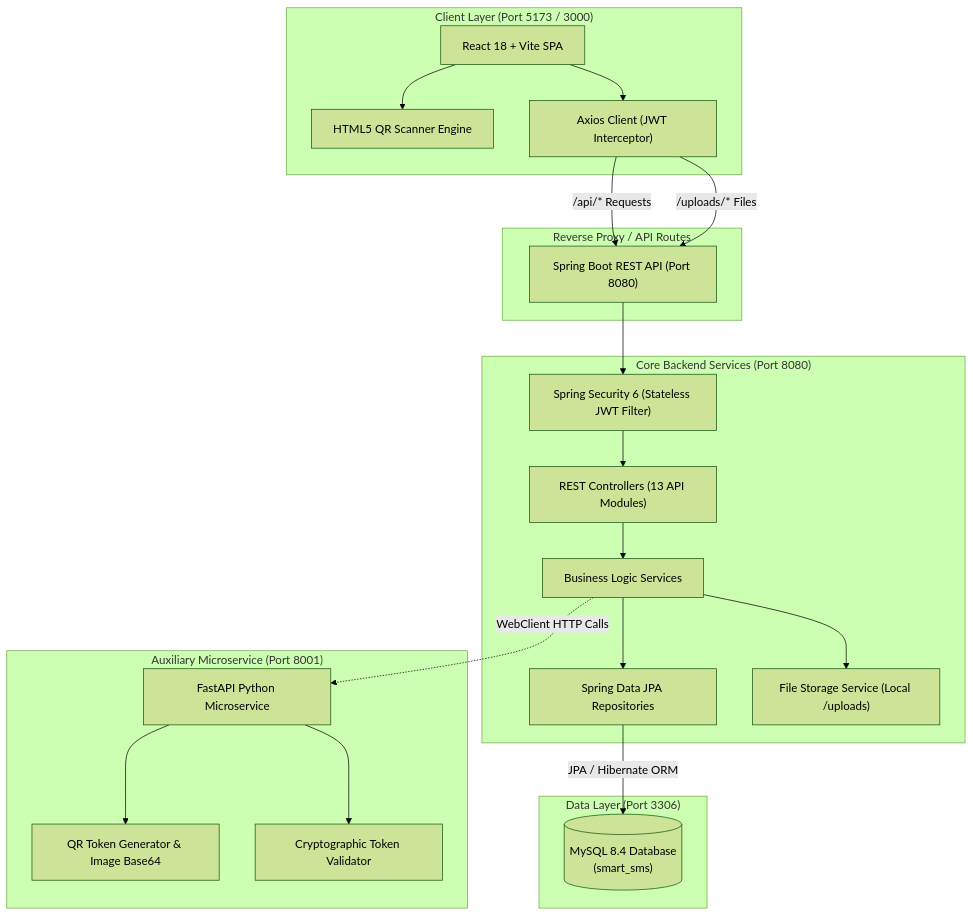
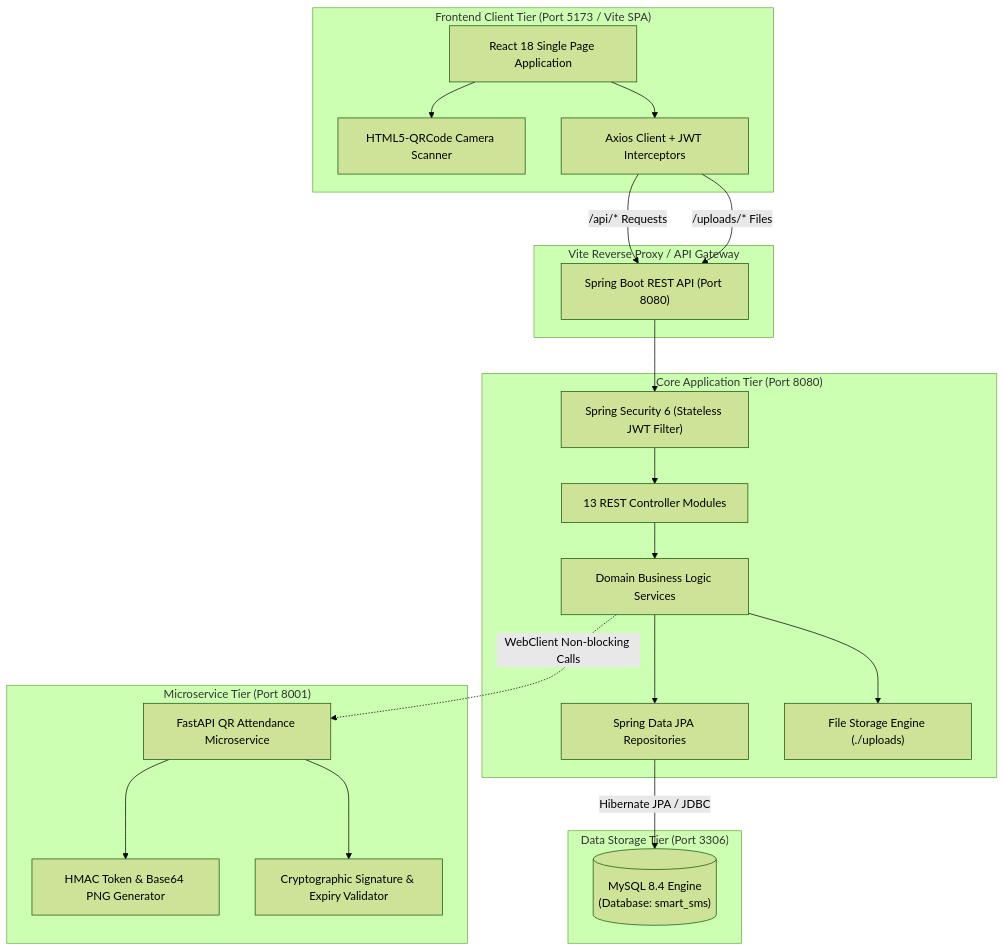
The first of 4 diagrams in README.md (SudheerKonduboina/Smart-Student-Faculty-Management-System), drawn with Mermaid (forest theme) before and after one commit. The commit also changed other lines of this file and 42 other files, not shown here.

Commit message:
docs: update system architecture diagrams, generator scripts, and documentation

````diff
--- a/README.md
+++ b/README.md
@@ -63,44 +63,44 @@
 ```mermaid
 flowchart TD
-    subgraph ClientLayer ["Client Layer (Port 5173 / 3000)"]
-        UI["React 18 + Vite SPA"]
-        Scanner["HTML5 QR Scanner Engine"]
-        Axios["Axios Client (JWT Interceptor)"]
-        UI --> Scanner
-        UI --> Axios
+    subgraph ClientTier ["Frontend Client Tier (Port 5173 / Vite SPA)"]
+        ReactUI["React 18 Single Page Application"]
+        Scanner["HTML5-QRCode Camera Scanner"]
+        AxiosClient["Axios Client + JWT Interceptors"]
+        ReactUI --> Scanner
+        ReactUI --> AxiosClient
     end
 
-    subgraph Gateway ["Reverse Proxy / API Routes"]
-        Axios -->|/api/* Requests| Backend["Spring Boot REST API (Port 8080)"]
-        Axios -->|/uploads/* Files| Backend
+    subgraph GatewayProxy ["Vite Reverse Proxy / API Gateway"]
+        AxiosClient -->|/api/* Requests| SpringBackend["Spring Boot REST API (Port 8080)"]
+        AxiosClient -->|/uploads/* Files| SpringBackend
     end
 
-    subgraph CoreBackend ["Core Backend Services (Port 8080)"]
-        Security["Spring Security 6 (Stateless JWT Filter)"]
-        Controllers["REST Controllers (13 API Modules)"]
-        Services["Business Logic Services"]
-        Repos["Spring Data JPA Repositories"]
-        FileStore["File Storage Service (Local /uploads)"]
+    subgraph CoreBackend ["Core Application Tier (Port 8080)"]
+        SecFilter["Spring Security 6 (Stateless JWT Filter)"]
+        Controllers["13 REST Controller Modules"]
+        Services["Domain Business Logic Services"]
+        Repositories["Spring Data JPA Repositories"]
+        FileService["File Storage Engine (./uploads)"]
 
-        Backend --> Security
-        Security --> Controllers
+        SpringBackend --> SecFilter
+        SecFilter --> Controllers
         Controllers --> Services
-        Services --> Repos
-        Services --> FileStore
+        Services --> Repositories
+        Services --> FileService
     end
 
-    subgraph DataStorage ["Data Layer (Port 3306)"]
-        DB[("MySQL 8.4 Database\n(smart_sms)")]
-        Repos -->|JPA / Hibernate ORM| DB
+    subgraph DataTier ["Data Storage Tier (Port 3306)"]
+        MySQL[("MySQL 8.4 Engine\n(Database: smart_sms)")]
+        Repositories -->|Hibernate JPA / JDBC| MySQL
     end
 
-    subgraph Microservice ["Auxiliary Microservice (Port 8001)"]
-        QRService["FastAPI Python Microservice"]
-        QRGen["QR Token Generator & Image Base64"]
-        QRVal["Cryptographic Token Validator"]
+    subgraph MicroserviceTier ["Microservice Tier (Port 8001)"]
+        FastAPIApp["FastAPI QR Attendance Microservice"]
+        QRGenEngine["HMAC Token & Base64 PNG Generator"]
+        QRValEngine["Cryptographic Signature & Expiry Validator"]
 
-        QRService --> QRGen
-        QRService --> QRVal
-        Services -.->|WebClient HTTP Calls| QRService
+        FastAPIApp --> QRGenEngine
+        FastAPIApp --> QRValEngine
+        Services -.->|WebClient Non-blocking Calls| FastAPIApp
     end
 ```
````
